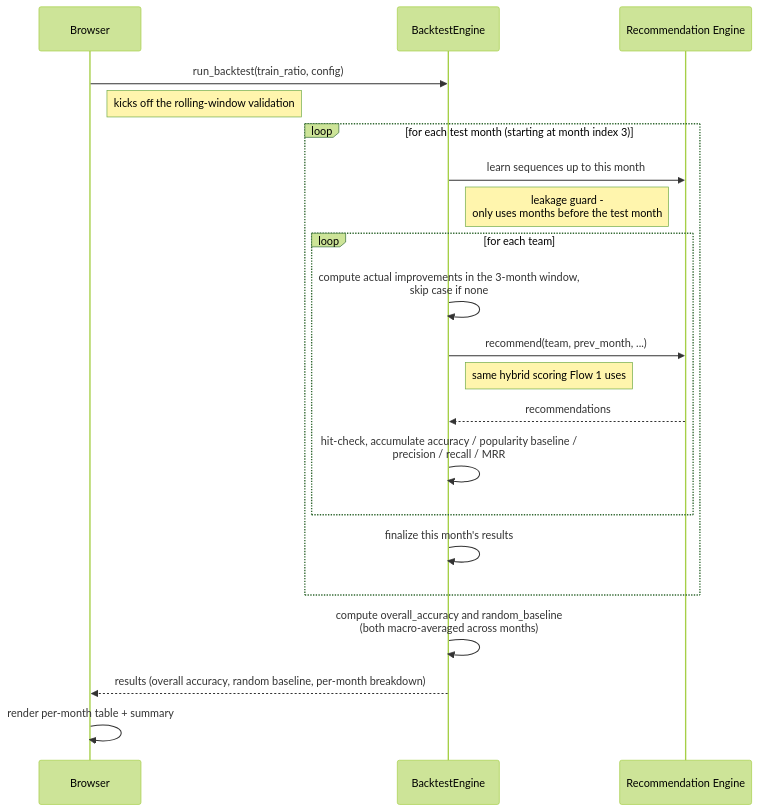
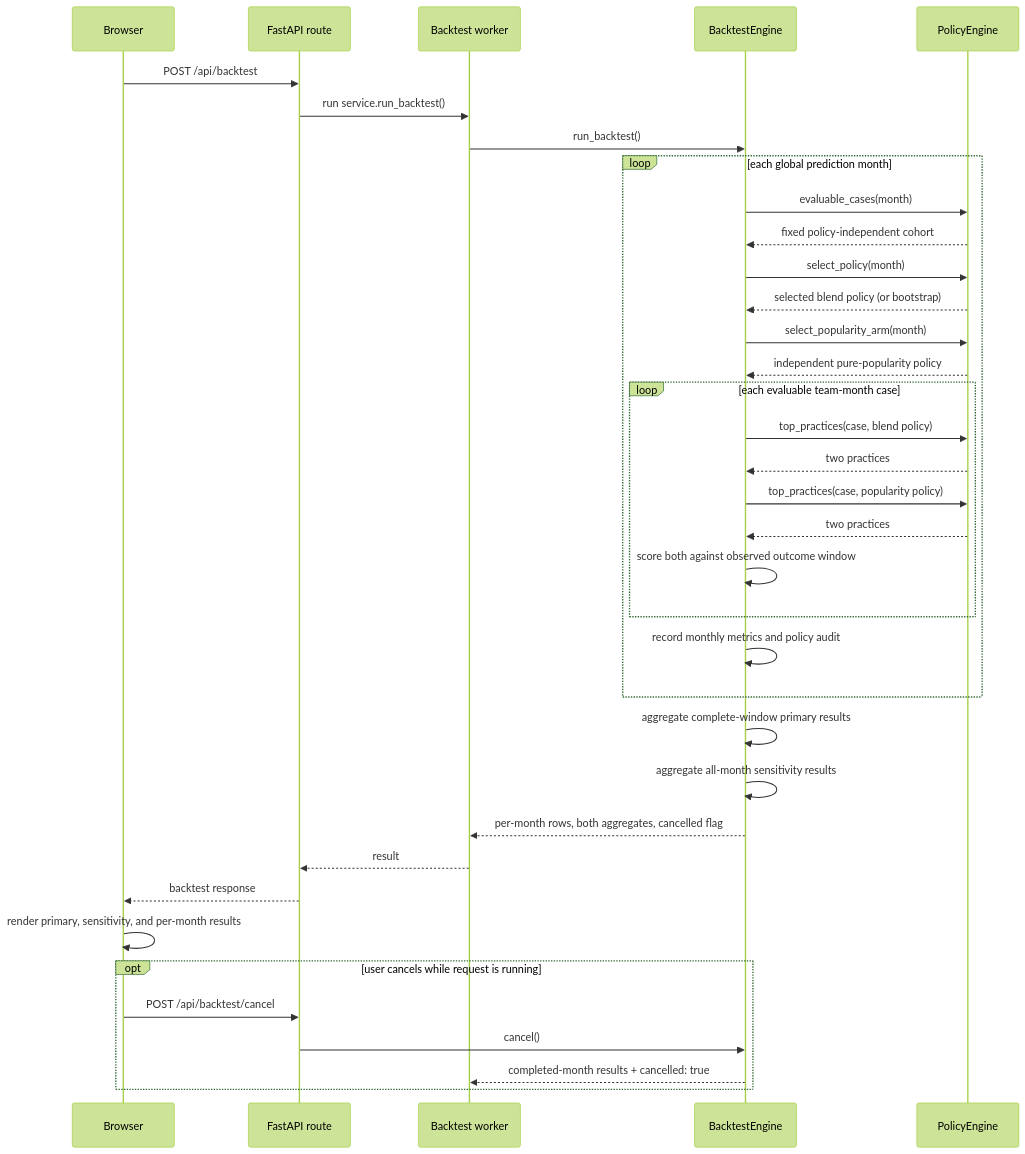
Before and after one commit to erezmorabia/agile-prediction-mvp: the diagram in docs/sequence-diagrams/02-run-backtest.md, drawn with Mermaid (forest theme). The commit also changed other lines of this file and 9 other files, not shown here.

First line of the commit message:
Update flowcharts and sequence diagrams for the policy blend

````diff
--- a/docs/sequence-diagrams/02-run-backtest.md
+++ b/docs/sequence-diagrams/02-run-backtest.md
@@ -15,26 +8,40 @@
 ```mermaid
 sequenceDiagram
     participant Browser
+    participant Route as FastAPI route
+    participant Worker as Backtest worker
     participant Backtest as BacktestEngine
-    participant Rec as Recommendation Engine
+    participant Policy as PolicyEngine
 
-    Browser->>Backtest: run_backtest(train_ratio, config)
-    Note right of Browser: kicks off the rolling-window validation
+    Browser->>Route: POST /api/backtest
+    Route->>Worker: run service.run_backtest()
+    Worker->>Backtest: run_backtest()
+    loop each global prediction month
+        Backtest->>Policy: evaluable_cases(month)
+        Policy-->>Backtest: fixed policy-independent cohort
+        Backtest->>Policy: select_policy(month)
+        Policy-->>Backtest: selected blend policy (or bootstrap)
+        Backtest->>Policy: select_popularity_arm(month)
+        Policy-->>Backtest: independent pure-popularity policy
+        loop each evaluable team-month case
+            Backtest->>Policy: top_practices(case, blend policy)
+            Policy-->>Backtest: two practices
+            Backtest->>Policy: top_practices(case, popularity policy)
+            Policy-->>Backtest: two practices
+            Backtest->>Backtest: score both against observed outcome window
+        end
+        Backtest->>Backtest: record monthly metrics and policy audit
+    end
+    Backtest->>Backtest: aggregate complete-window primary results
+    Backtest->>Backtest: aggregate all-month sensitivity results
+    Backtest-->>Worker: per-month rows, both aggregates, cancelled flag
+    Worker-->>Route: result
+    Route-->>Browser: backtest response
+    Browser->>Browser: render primary, sensitivity, and per-month results
 
-    loop for each test month (starting at month index 3)
-        Backtest->>Rec: learn sequences up to this month
-        Note right of Backtest: leakage guard -<br/>only uses months before the test month
-        loop for each team
-            Backtest->>Backtest: compute actual improvements in the 3-month window,<br/>skip case if none
-            Backtest->>Rec: recommend(team, prev_month, ...)
-            Note right of Backtest: same hybrid scoring Flow 1 uses
-            Rec-->>Backtest: recommendations
-            Backtest->>Backtest: hit-check, accumulate accuracy / popularity baseline /<br/>precision / recall / MRR
-        end
-        Backtest->>Backtest: finalize this month's results
+    opt user cancels while request is running
+        Browser->>Route: POST /api/backtest/cancel
+        Route->>Backtest: cancel()
+        Backtest-->>Worker: completed-month results + cancelled: true
     end
-
-    Backtest->>Backtest: compute overall_accuracy and random_baseline<br/>(both macro-averaged across months)
-    Backtest-->>Browser: results (overall accuracy, random baseline, per-month breakdown)
-    Browser->>Browser: render per-month table + summary
 ```
````
